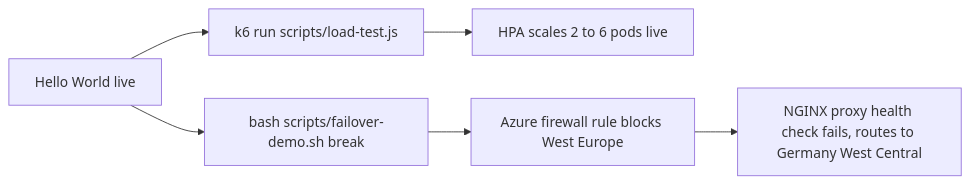
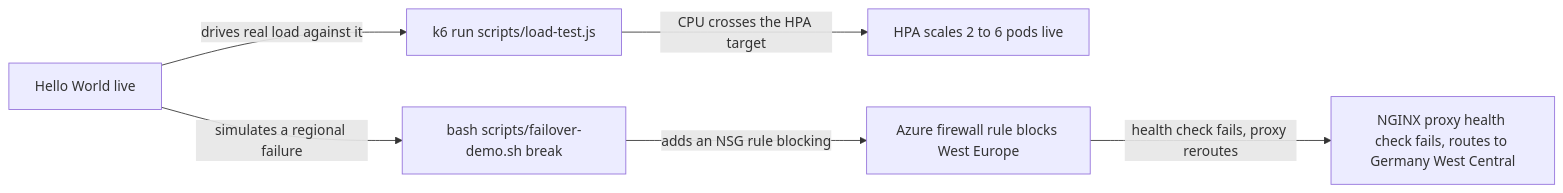
One commit to Dennis4507/cloud-native-ha-platform changed the fourth of 4 diagrams in README.md. Above: the diagram before and after it, drawn with Mermaid. The commit also changed other lines of this file, not shown here.

First line of the commit message:
Label every arrow in the pipeline diagrams, widen node spacing

````diff
--- a/README.md
+++ b/README.md
@@ -107,8 +110,9 @@
 ```mermaid
+%%{init: {'flowchart': {'nodeSpacing': 60, 'rankSpacing': 80}}}%%
 flowchart LR
-    IN4["Hello World live"] --> CMD6a["k6 run scripts/load-test.js"]
-    CMD6a --> OUT6a["HPA scales 2 to 6 pods live"]
-    IN4 --> CMD6b["bash scripts/failover-demo.sh break"]
-    CMD6b --> OUT6b["Azure firewall rule blocks West Europe"]
-    OUT6b --> OUT7["NGINX proxy health check fails, routes to Germany West Central"]
+    IN4["Hello World live"] -->|drives real load against it| CMD6a["k6 run scripts/load-test.js"]
+    CMD6a -->|CPU crosses the HPA target| OUT6a["HPA scales 2 to 6 pods live"]
+    IN4 -->|simulates a regional failure| CMD6b["bash scripts/failover-demo.sh break"]
+    CMD6b -->|adds an NSG rule blocking| OUT6b["Azure firewall rule blocks West Europe"]
+    OUT6b -->|health check fails, proxy reroutes| OUT7["NGINX proxy health check fails, routes to Germany West Central"]
 ```
````
